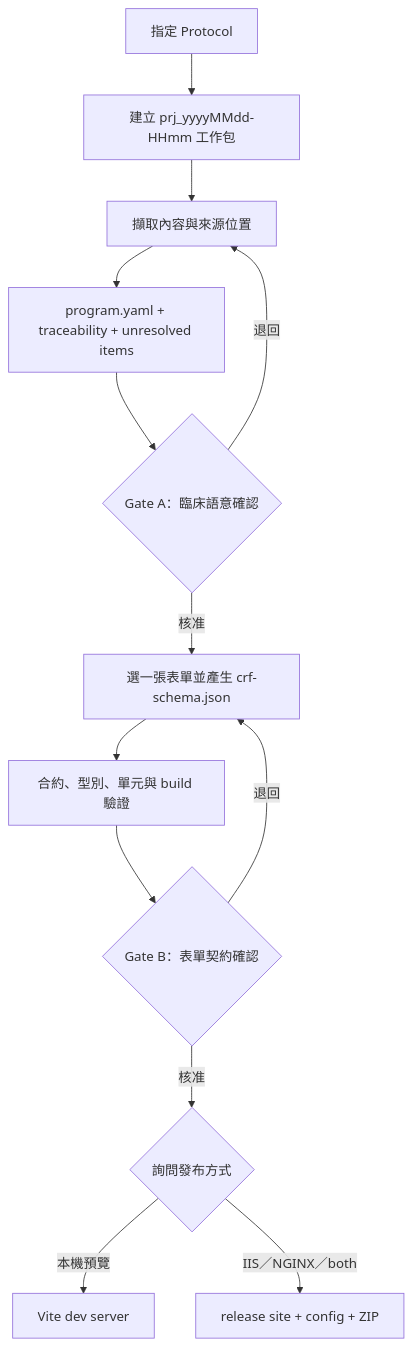
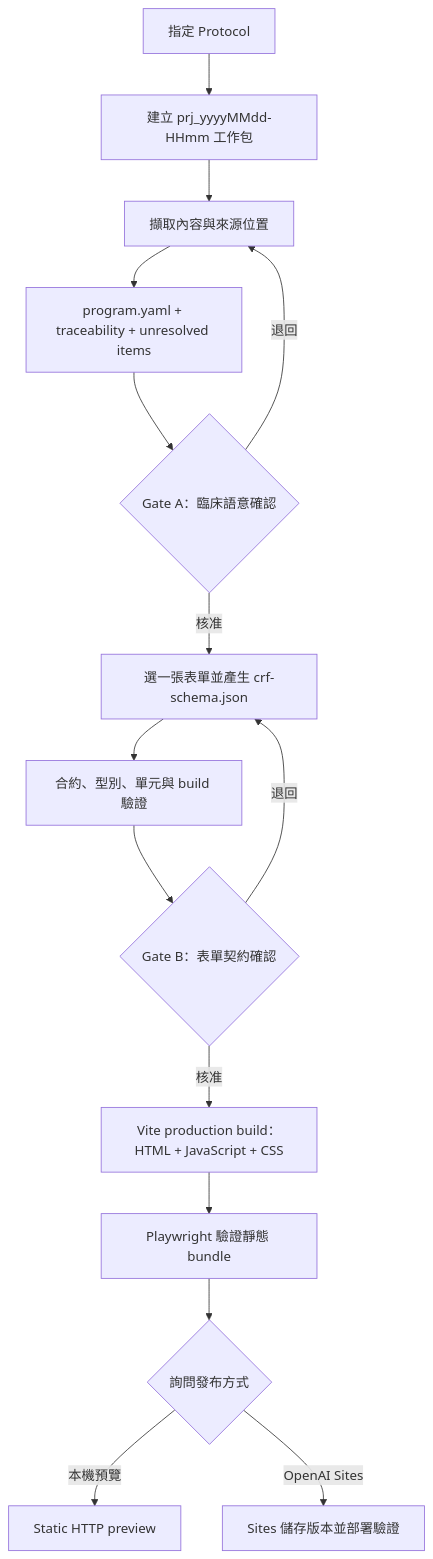
One commit to RyanBreath/Codex-Clinical-Form-Studio changed the diagram in 2.SA/DOCS/Protocol_to_eCRF_Skill_操作與發布SOP.md. Above: the diagram before and after it, drawn with Mermaid. The commit also changed other lines of this file and 12 other files, not shown here.

Commit message:
feat: add release finalization script and document clinical trial workflows and publishing policies

````diff
--- a/2.SA/DOCS/Protocol_to_eCRF_Skill_操作與發布SOP.md
+++ b/2.SA/DOCS/Protocol_to_eCRF_Skill_操作與發布SOP.md
@@ -99,15 +99,17 @@
 ```mermaid
 flowchart TD
     A["指定 Protocol"] --> B["建立 prj_yyyyMMdd-HHmm 工作包"]
     B --> C["擷取內容與來源位置"]
     C --> D["program.yaml + traceability + unresolved items"]
     D --> E{"Gate A：臨床語意確認"}
     E -- "退回" --> C
     E -- "核准" --> F["選一張表單並產生 crf-schema.json"]
     F --> G["合約、型別、單元與 build 驗證"]
     G --> H{"Gate B：表單契約確認"}
     H -- "退回" --> F
-    H -- "核准" --> I{"詢問發布方式"}
-    I -- "本機預覽" --> J["Vite dev server"]
-    I -- "IIS／NGINX／both" --> K["release site + config + ZIP"]
+    H -- "核准" --> I["Vite production build：HTML + JavaScript + CSS"]
+    I --> J["Playwright 驗證靜態 bundle"]
+    J --> K{"詢問發布方式"}
+    K -- "本機預覽" --> L["Static HTTP preview"]
+    K -- "OpenAI Sites" --> M["Sites 儲存版本並部署驗證"]
 ```
````
